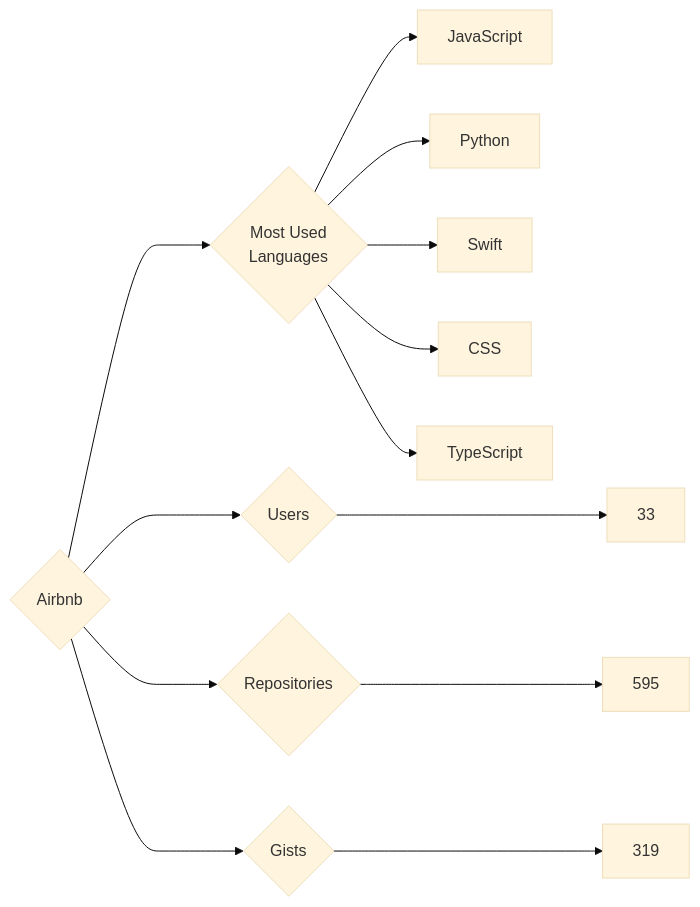
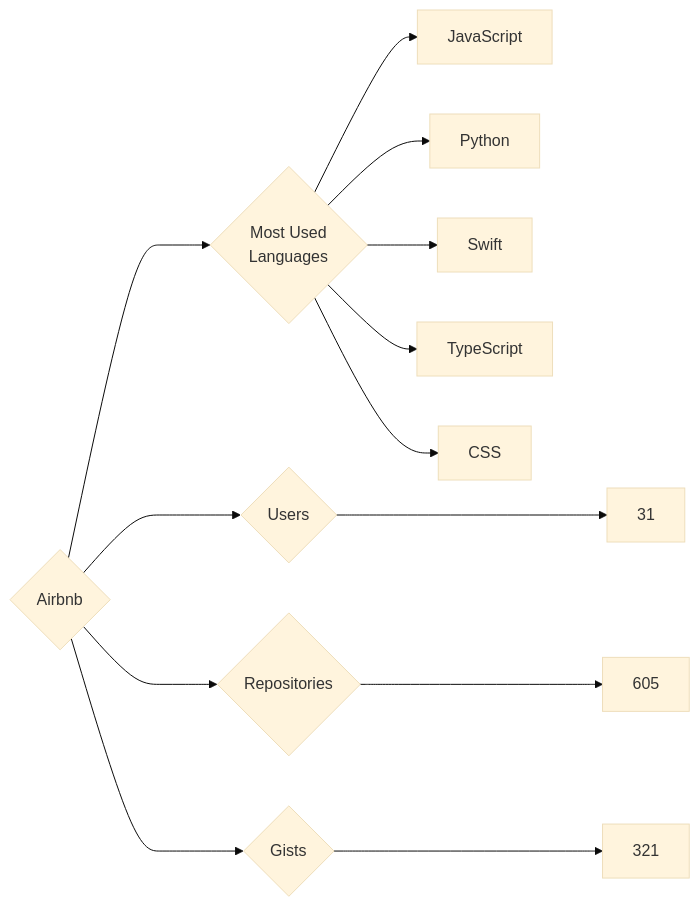
The diagram in targets/Airbnb/README.md (trickest/insiders), drawn with Mermaid (base theme) before and after one commit. The commit also changed 847 other files, not shown here.

````diff
--- a/targets/Airbnb/README.md
+++ b/targets/Airbnb/README.md
@@ -3,13 +3,13 @@
 ```mermaid
 graph LR
 COMPANY_NAME{Airbnb}
-COMPANY_NAME ---> U{Users} ---> UN[33]
-COMPANY_NAME ---> R{Repositories} ---> RN[595]
-COMPANY_NAME ---> G{Gists} ---> GN[319]
+COMPANY_NAME ---> U{Users} ---> UN[31]
+COMPANY_NAME ---> R{Repositories} ---> RN[605]
+COMPANY_NAME ---> G{Gists} ---> GN[321]
 COMPANY_NAME ---> ML{Most Used<br>Languages}
 ML --> JavaScript[JavaScript]
 ML --> Python[Python]
 ML --> Swift[Swift]
+ML --> TypeScript[TypeScript]
 ML --> CSS[CSS]
-ML --> TypeScript[TypeScript]
 ```
````
